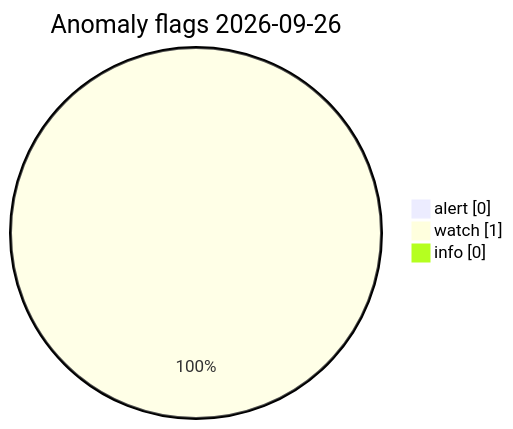
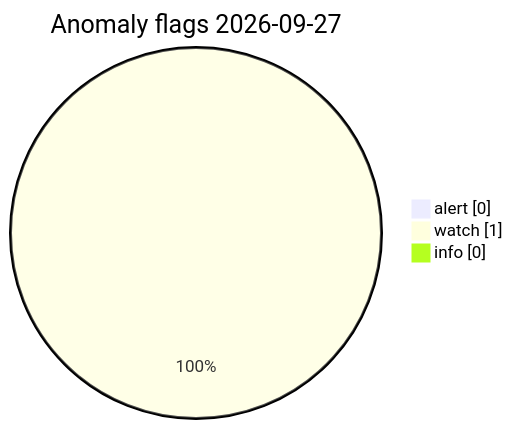
One commit to Midwest-Stratospheric/Unified-Open-Global-Weather changed the diagram in visuals/latest/CHARTS.md. Above: the diagram before and after it, drawn with Mermaid. The commit also changed other lines of this file and 11 other files, not shown here.

Commit message:
data(visuals): automated charts 2026-09-27T12:07Z

````diff
--- a/visuals/latest/CHARTS.md
+++ b/visuals/latest/CHARTS.md
@@ -73,7 +73,7 @@
 ```mermaid
 pie showData
-  title Anomaly flags 2026-09-26
+  title Anomaly flags 2026-09-27
   "alert" : 0
   "watch" : 1
   "info" : 0
 ```
````
